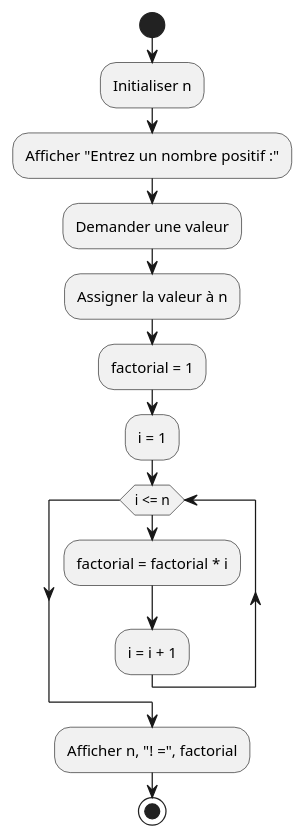
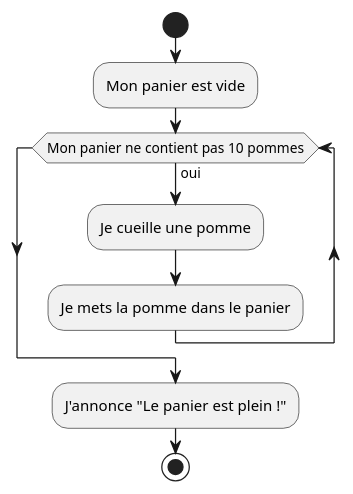
The first of 3 diagrams in 03.01-iteration/02-exercices/README.md (HEIG-VD-Prog-Course/HEIG-VD-ProgIM-Course), drawn with PlantUML before and after one commit. The commit also changed other lines of this file and 2 other files, not shown here.

````diff
--- a/03.01-iteration/02-exercices/README.md
+++ b/03.01-iteration/02-exercices/README.md
@@ -116,17 +90,12 @@
 ```plantuml
 @startuml
 start
-:Initialiser n;
-:Afficher "Entrez un nombre positif :";
-:Demander une valeur;
-:Assigner la valeur à n;
-:factorial = 1;
-:i = 1;
-while (i <= n)
-    :factorial = factorial * i;
-    :i = i + 1;
+:Mon panier est vide;
+while (Mon panier ne contient pas 10 pommes) is (oui)
+  :Je cueille une pomme;
+  :Je mets la pomme dans le panier;
 endwhile
-:Afficher n, "! =", factorial;
+:J'annonce "Le panier est plein !";
 stop
 @enduml
 ```
````
